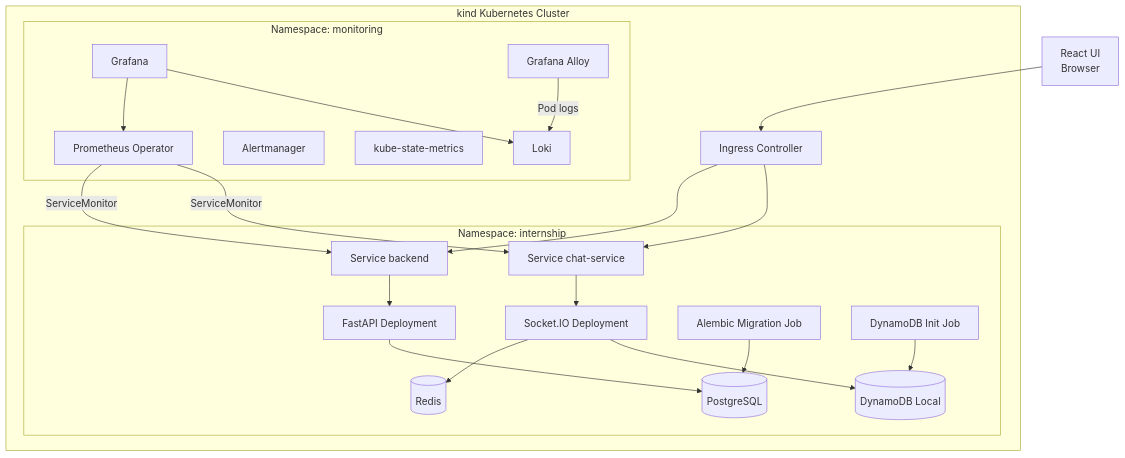
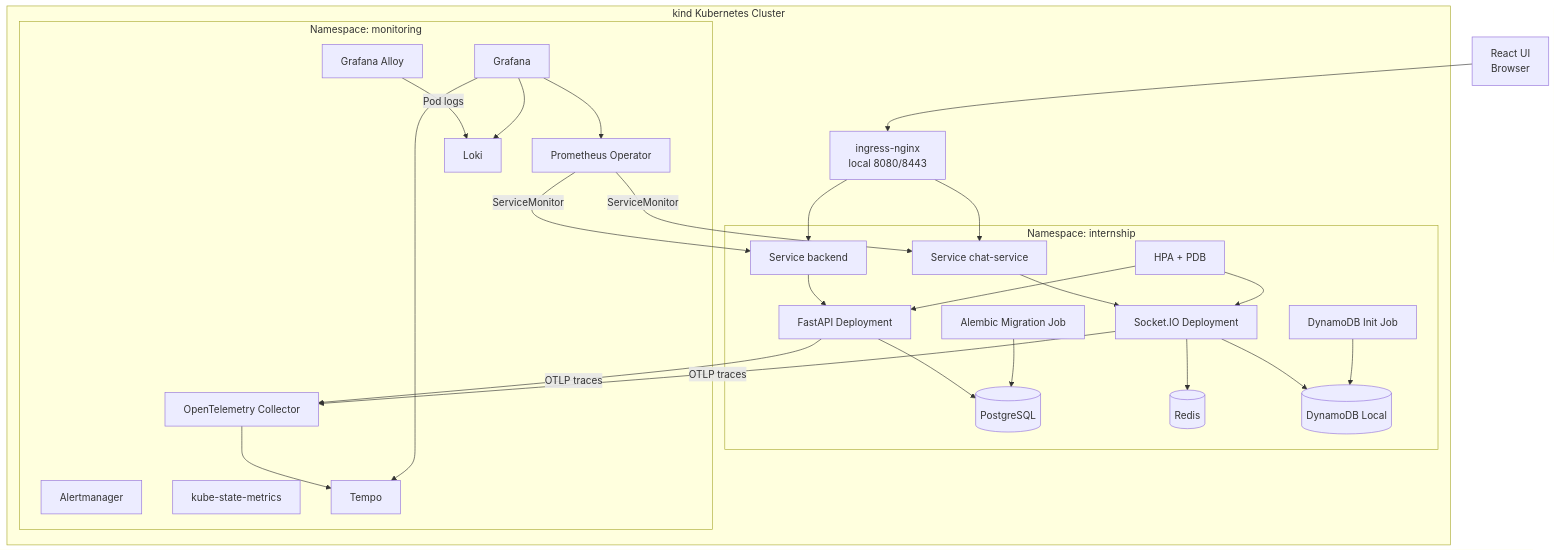
Before and after one commit to Kyling815/Internship-Application: the diagram in infra/kube.mermaid, drawn with Mermaid. The commit also changed 3 other files, not shown here.

```diff
--- a/infra/kube.mermaid
+++ b/infra/kube.mermaid
@@ -1,47 +1,56 @@
 flowchart TB
     Browser[React UI<br/>Browser]
 
     subgraph K8s["kind Kubernetes Cluster"]
-        Ingress[Ingress Controller]
+        Ingress[ingress-nginx<br/>local 8080/8443]
 
         subgraph AppNS["Namespace: internship"]
             BackendSvc[Service backend]
             BackendPods[FastAPI Deployment]
             ChatSvc[Service chat-service]
             ChatPods[Socket.IO Deployment]
+            HPA[HPA + PDB]
 
             MigrateJob[Alembic Migration Job]
             ChatInitJob[DynamoDB Init Job]
 
             Postgres[(PostgreSQL)]
             Redis[(Redis)]
             Dynamo[(DynamoDB Local)]
         end
 
         subgraph MonitorNS["Namespace: monitoring"]
             Prometheus[Prometheus Operator]
             Grafana[Grafana]
             Alertmanager[Alertmanager]
             KubeMetrics[kube-state-metrics]
             Loki[Loki]
             Alloy[Grafana Alloy]
+            OTel[OpenTelemetry Collector]
+            Tempo[Tempo]
         end
     end
 
     Browser --> Ingress
     Ingress --> BackendSvc --> BackendPods
     Ingress --> ChatSvc --> ChatPods
 
     BackendPods --> Postgres
     ChatPods --> Redis
     ChatPods --> Dynamo
+    HPA --> BackendPods
+    HPA --> ChatPods
 
     MigrateJob --> Postgres
     ChatInitJob --> Dynamo
 
     Prometheus -->|ServiceMonitor| BackendSvc
     Prometheus -->|ServiceMonitor| ChatSvc
 
     Alloy -->|Pod logs| Loki
+    BackendPods -->|OTLP traces| OTel
+    ChatPods -->|OTLP traces| OTel
+    OTel --> Tempo
     Grafana --> Prometheus
     Grafana --> Loki
+    Grafana --> Tempo
```
